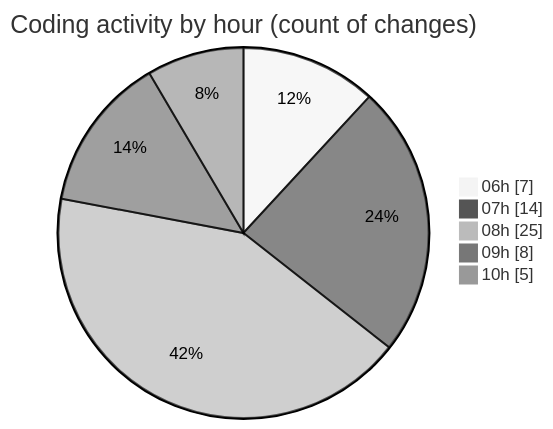
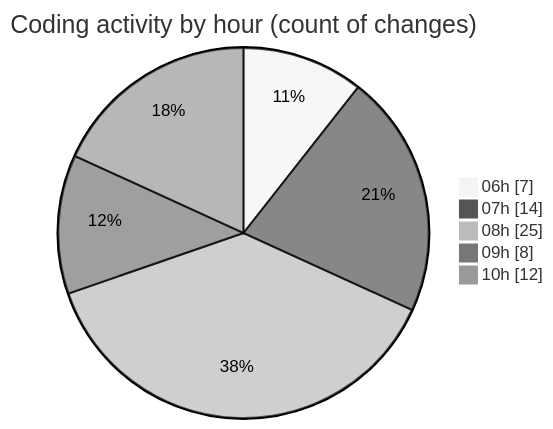
Before and after one commit to vahidmafi/code-tracking: the second of 2 diagrams in 2025-04-18/zeytoon/README.md, drawn with Mermaid (neutral theme). The commit also changed other lines of this file and 1 other file, not shown here.

````diff
--- a/2025-04-18/zeytoon/README.md
+++ b/2025-04-18/zeytoon/README.md
@@ -39,9 +39,9 @@
 ```mermaid
 pie showData
 title Coding activity by hour (count of changes)
 "06h" : 7
 "07h" : 14
 "08h" : 25
 "09h" : 8
-"10h" : 5
+"10h" : 12
 ```
````
